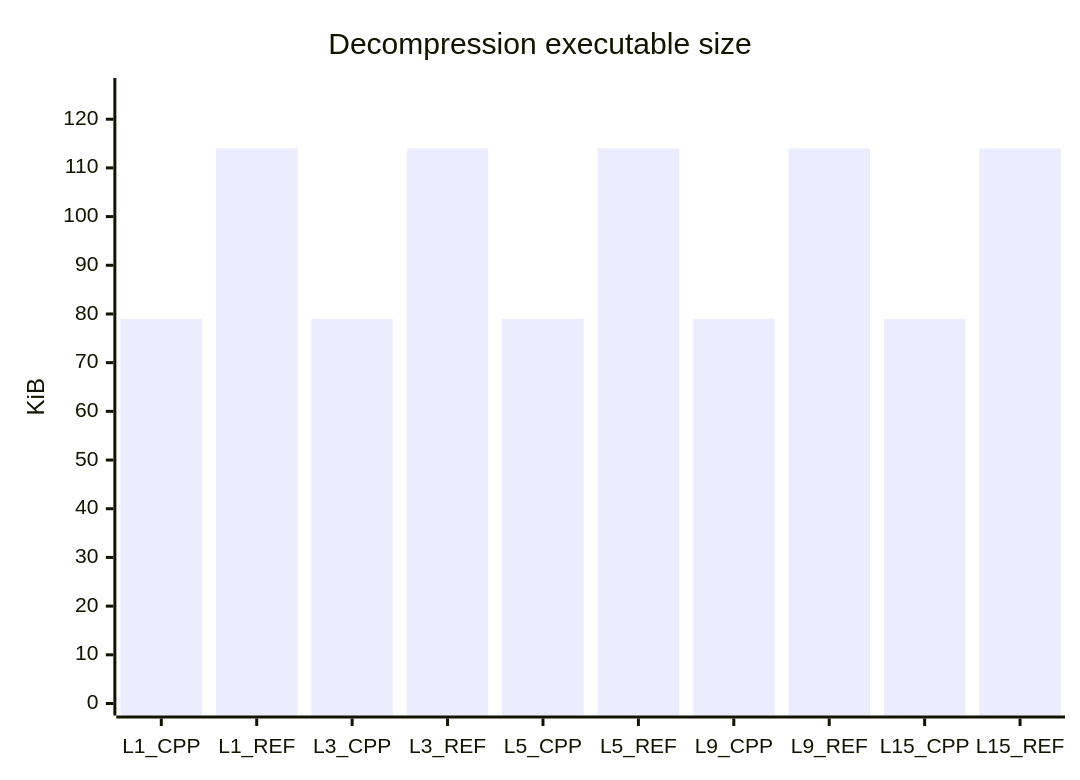
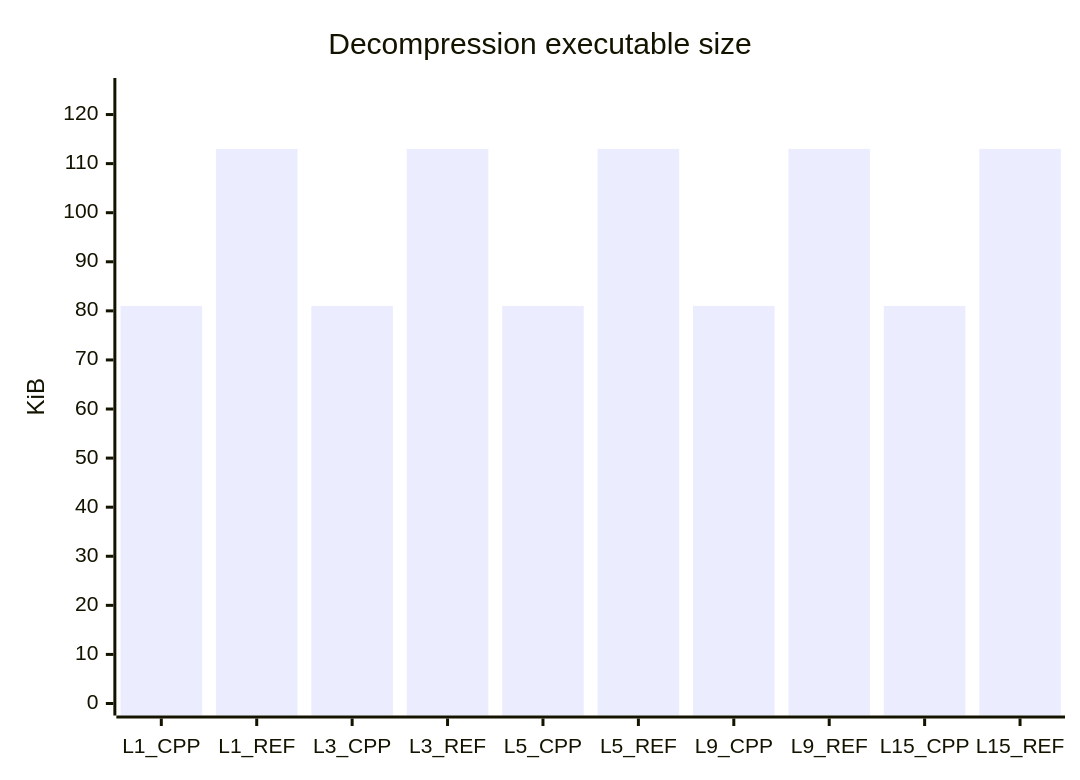
The seventh of 7 diagrams in README.md (mheyman/zstdpp), drawn with Mermaid before and after one commit. The commit also changed other lines of this file, not shown here.

````diff
--- a/README.md
+++ b/README.md
@@ -194,7 +194,7 @@
 ```mermaid
 xychart-beta
     title "Decompression executable size"
     x-axis [L1_CPP, L1_REF, L3_CPP, L3_REF, L5_CPP, L5_REF, L9_CPP, L9_REF, L15_CPP, L15_REF]
-    y-axis "KiB" 0 --> 126
-    bar [79, 114, 79, 114, 79, 114, 79, 114, 79, 114]
+    y-axis "KiB" 0 --> 125
+    bar [81, 113, 81, 113, 81, 113, 81, 113, 81, 113]
 ```
````
